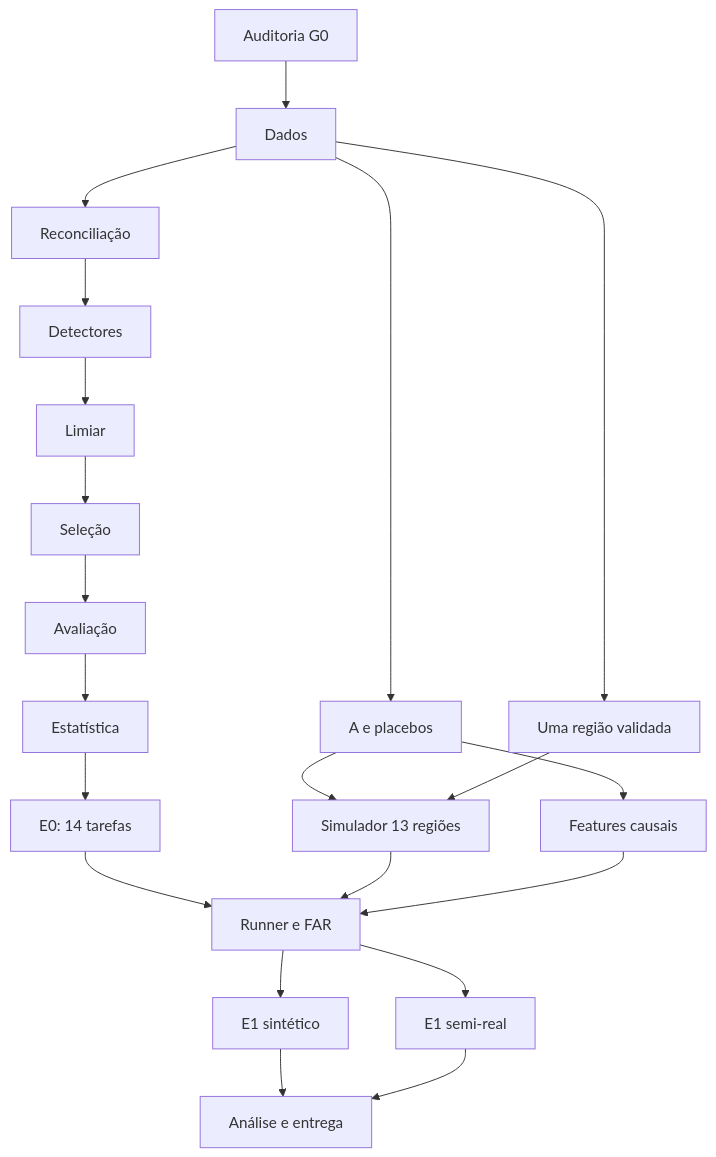
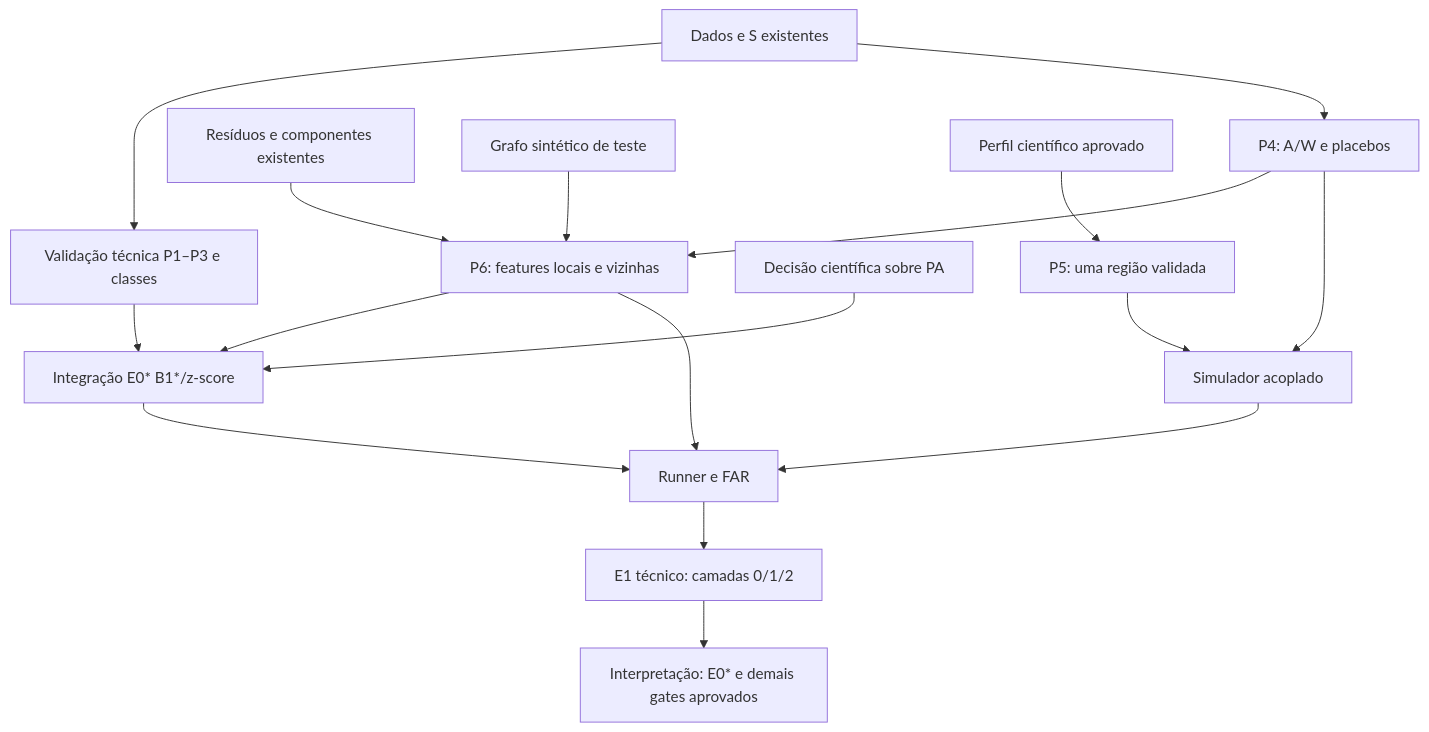
One commit to viniciusnvcosta/net-sci-epi changed the diagram in docs/superpowers/plans/2026-09-26-headd-l0-global.md. Above: the diagram before and after it, drawn with Mermaid. The commit also changed other lines of this file and 4 other files, not shown here.

````diff
--- a/docs/superpowers/plans/2026-09-26-headd-l0-global.md
+++ b/docs/superpowers/plans/2026-09-26-headd-l0-global.md
@@ -45,23 +61,19 @@
 ```mermaid
 flowchart TD
-  A[Auditoria G0] --> B[Dados]
-  B --> C[Reconciliação]
-  C --> D[Detectores]
-  D --> E[Limiar]
-  E --> F[Seleção]
-  F --> G[Avaliação]
-  G --> H[Estatística]
-  H --> I[E0: 14 tarefas]
-  B --> J[A e placebos]
-  B --> K[Uma região validada]
-  J --> L[Simulador 13 regiões]
-  K --> L
-  J --> M[Features causais]
+  B[Dados e S existentes] --> V[Validação técnica P1–P3 e classes]
+  B --> J[P4: A/W e placebos]
+  C[Resíduos e componentes existentes] --> M[P6: features locais e vizinhas]
+  J --> M
+  F[Grafo sintético de teste] --> M
+  D[Decisão científica sobre PA] --> I[Integração E0* B1*/z-score]
+  V --> I
+  M --> I
+  R[Perfil científico aprovado] --> K[P5: uma região validada]
+  K --> L[Simulador acoplado]
+  J --> L
   I --> N[Runner e FAR]
   L --> N
   M --> N
-  N --> O[E1 sintético]
-  N --> P[E1 semi-real]
-  O --> Q[Análise e entrega]
-  P --> Q
+  N --> O[E1 técnico: camadas 0/1/2]
+  O --> Q[Interpretação: E0* e demais gates aprovados]
 ```
````
